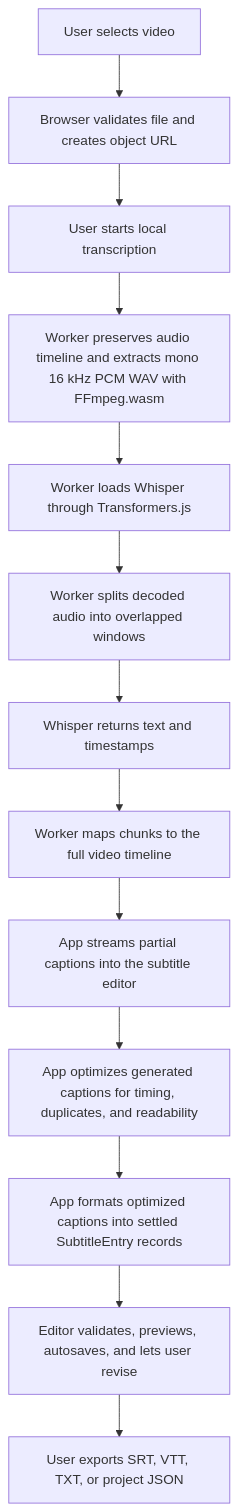
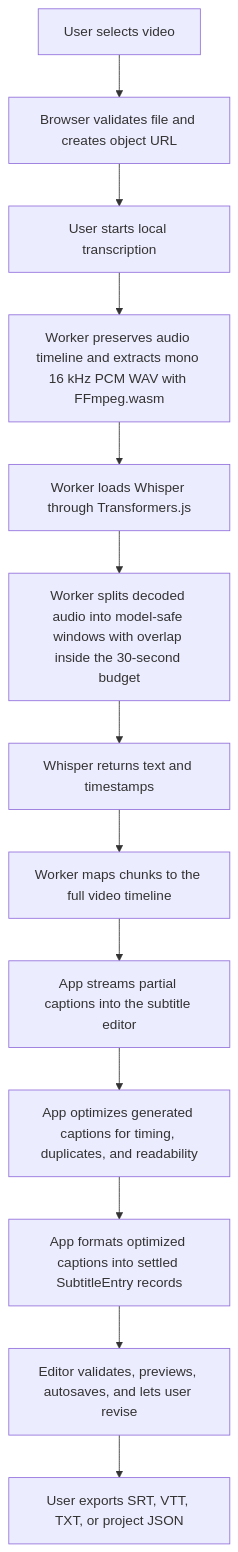
Before and after one commit to zxyandreay/auto-subtitle: diagram 17 of 17 in docs/project-state.md, drawn with Mermaid. The commit also changed other lines of this file and 4 other files, not shown here.

````diff
--- a/docs/project-state.md
+++ b/docs/project-state.md
@@ -1281,15 +1292,15 @@
 ```mermaid
 flowchart TD
     A["User selects video"] --> B["Browser validates file and creates object URL"]
     B --> C["User starts local transcription"]
     C --> D["Worker preserves audio timeline and extracts mono 16 kHz PCM WAV with FFmpeg.wasm"]
     D --> E["Worker loads Whisper through Transformers.js"]
-    E --> F["Worker splits decoded audio into overlapped windows"]
+    E --> F["Worker splits decoded audio into model-safe windows with overlap inside the 30-second budget"]
     F --> G["Whisper returns text and timestamps"]
     G --> H["Worker maps chunks to the full video timeline"]
     H --> P["App streams partial captions into the subtitle editor"]
     P --> I["App optimizes generated captions for timing, duplicates, and readability"]
     I --> L["App formats optimized captions into settled SubtitleEntry records"]
     L --> J["Editor validates, previews, autosaves, and lets user revise"]
     J --> K["User exports SRT, VTT, TXT, or project JSON"]
 ```
````
